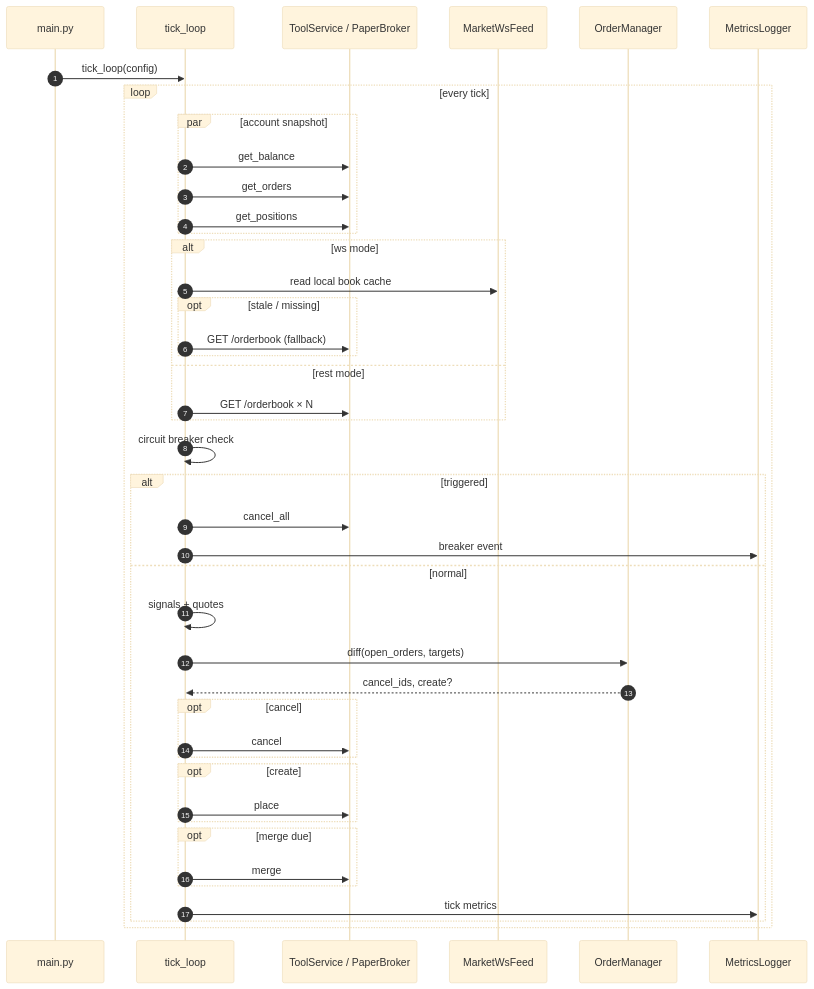
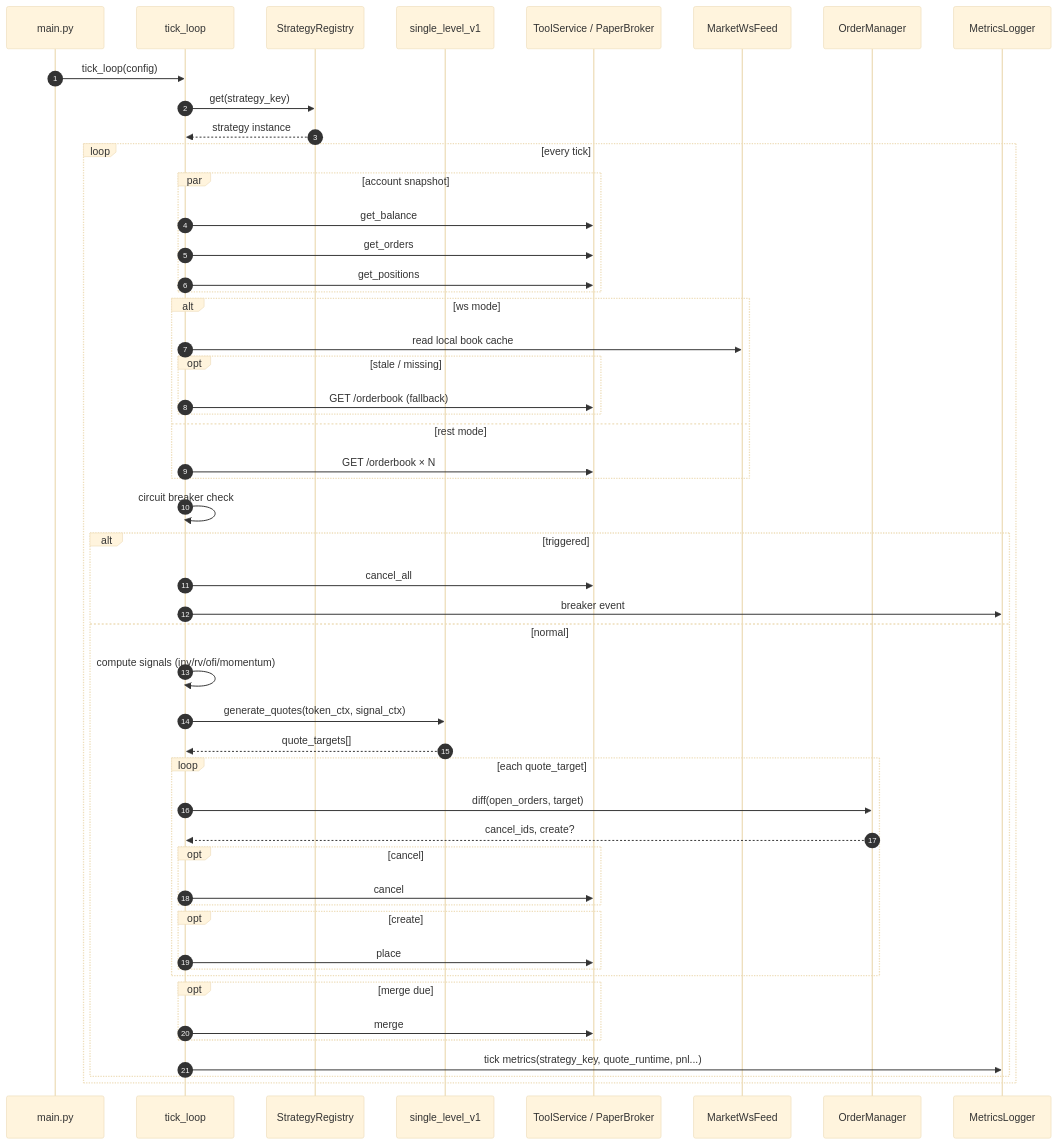
One commit to jiaruihz/pm_agents changed the diagram in pmm/docs/MAIN_FLOW.md. Above: the diagram before and after it, drawn with Mermaid (base theme). The commit also changed other lines of this file and 17 other files, not shown here.

````diff
--- a/pmm/docs/MAIN_FLOW.md
+++ b/pmm/docs/MAIN_FLOW.md
@@ -44,49 +46,57 @@
 ```mermaid
 sequenceDiagram
     autonumber
     participant Main as main.py
     participant Engine as tick_loop
+    participant Registry as StrategyRegistry
+    participant Strat as single_level_v1
     participant API as ToolService / PaperBroker
     participant WS as MarketWsFeed
     participant Diff as OrderManager
     participant Log as MetricsLogger
 
     Main->>Engine: tick_loop(config)
+    Engine->>Registry: get(strategy_key)
+    Registry-->>Engine: strategy instance
 
     loop every tick
         par account snapshot
             Engine->>API: get_balance
             Engine->>API: get_orders
             Engine->>API: get_positions
         end
 
         alt ws mode
             Engine->>WS: read local book cache
             opt stale / missing
                 Engine->>API: GET /orderbook (fallback)
             end
         else rest mode
             Engine->>API: GET /orderbook × N
         end
 
         Engine->>Engine: circuit breaker check
         alt triggered
             Engine->>API: cancel_all
             Engine->>Log: breaker event
         else normal
-            Engine->>Engine: signals + quotes
-            Engine->>Diff: diff(open_orders, targets)
-            Diff-->>Engine: cancel_ids, create?
-            opt cancel
-                Engine->>API: cancel
-            end
-            opt create
-                Engine->>API: place
+            Engine->>Engine: compute signals (inv/rv/ofi/momentum)
+            Engine->>Strat: generate_quotes(token_ctx, signal_ctx)
+            Strat-->>Engine: quote_targets[]
+            loop each quote_target
+                Engine->>Diff: diff(open_orders, target)
+                Diff-->>Engine: cancel_ids, create?
+                opt cancel
+                    Engine->>API: cancel
+                end
+                opt create
+                    Engine->>API: place
+                end
             end
             opt merge due
                 Engine->>API: merge
             end
-            Engine->>Log: tick metrics
+            Engine->>Log: tick metrics(strategy_key, quote_runtime, pnl...)
         end
     end
 ```
````
